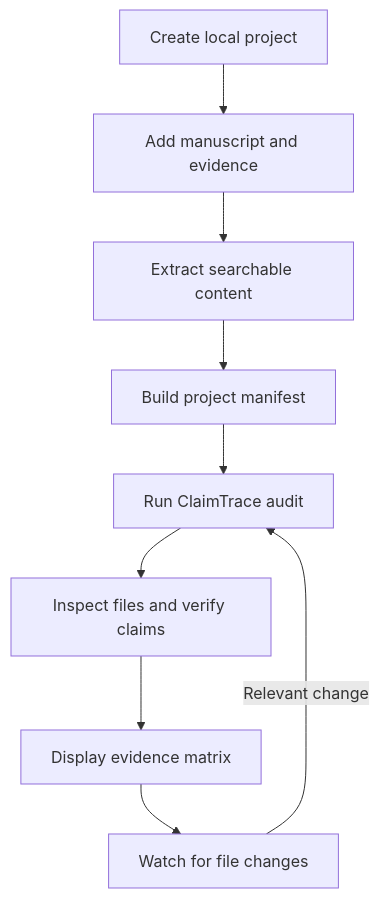
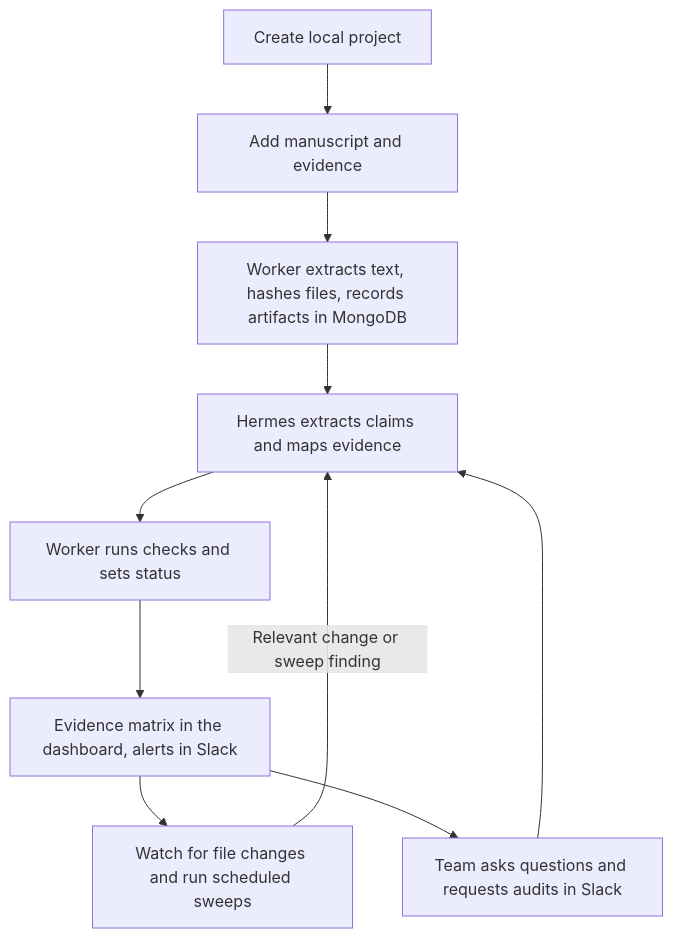
One commit to KrishivVora/DELL-x-NVIDIA-Hackathon changed the first of 3 diagrams in CLAIMTRACE-PROJECT-PLAN.md. Above: the diagram before and after it, drawn with Mermaid. The commit also changed other lines of this file, not shown here.

First line of the commit message:
docs: overhaul ClaimTrace plan for Hermes, MongoDB, and Slack

````diff
--- a/CLAIMTRACE-PROJECT-PLAN.md
+++ b/CLAIMTRACE-PROJECT-PLAN.md
@@ -73,11 +137,12 @@
 ```mermaid
 flowchart TD
     A[Create local project] --> B[Add manuscript and evidence]
-    B --> C[Extract searchable content]
-    C --> D[Build project manifest]
-    D --> E[Run ClaimTrace audit]
-    E --> F[Inspect files and verify claims]
-    F --> G[Display evidence matrix]
-    G --> H[Watch for file changes]
-    H -->|Relevant change| E
+    B --> C[Worker extracts text, hashes files, records artifacts in MongoDB]
+    C --> D[Hermes extracts claims and maps evidence]
+    D --> E[Worker runs checks and sets status]
+    E --> F[Evidence matrix in the dashboard, alerts in Slack]
+    F --> G[Watch for file changes and run scheduled sweeps]
+    G -->|Relevant change or sweep finding| D
+    F --> H[Team asks questions and requests audits in Slack]
+    H --> D
 ```
````
